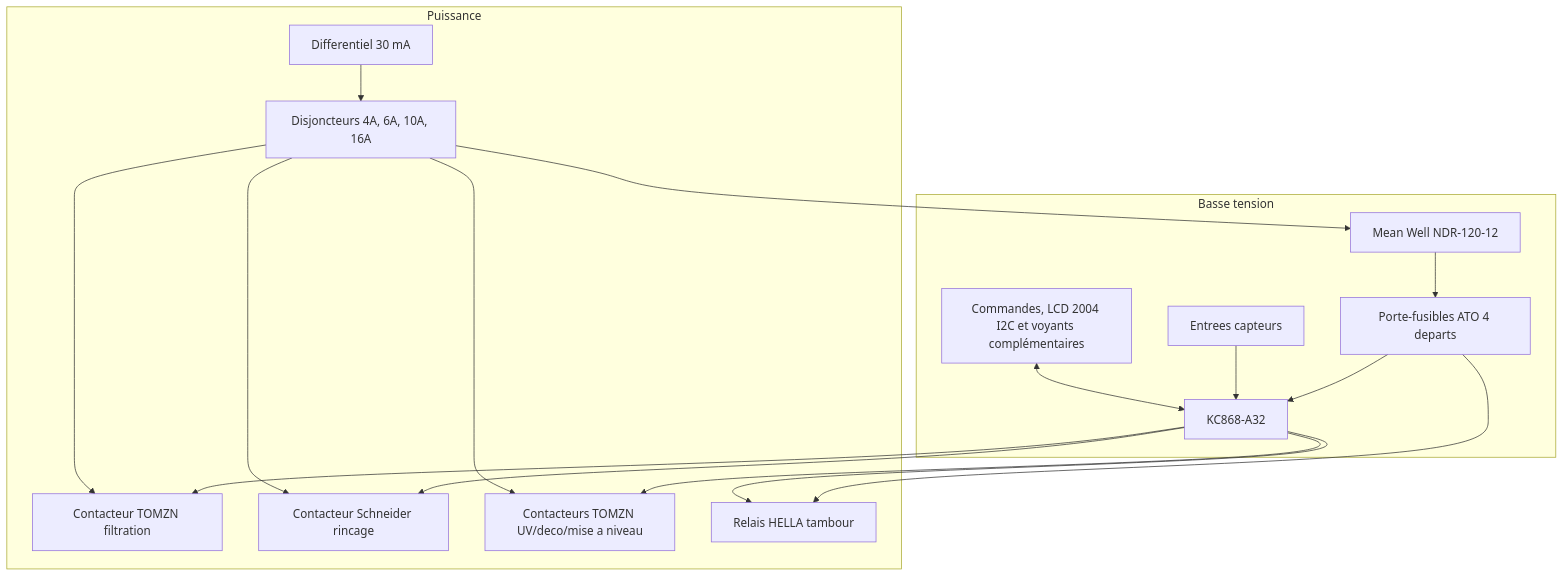
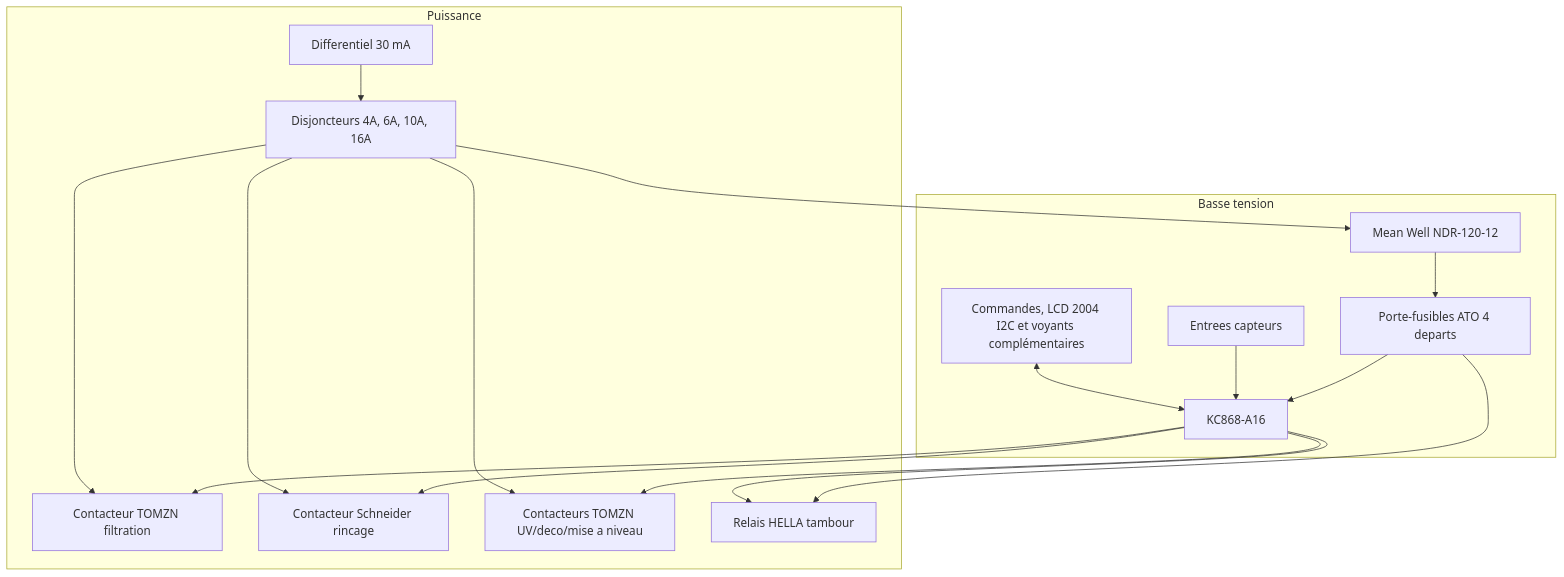
Before and after one commit to elbuey76/DrumFilterController: the second of 2 diagrams in docs/architecture/02-architecture-materielle.md, drawn with Mermaid. The commit also changed other lines of this file and 43 other files, not shown here.

````diff
--- a/docs/architecture/02-architecture-materielle.md
+++ b/docs/architecture/02-architecture-materielle.md
@@ -186,34 +186,34 @@
 ```mermaid
 flowchart TB
     subgraph BT[Basse tension]
         Alim[Mean Well NDR-120-12]
         Fusibles[Porte-fusibles ATO 4 departs]
-        MCU[KC868-A32]
+        MCU[KC868-A16]
         Inputs[Entrees capteurs]
         UI[Commandes, LCD 2004 I2C et voyants complémentaires]
     end
 
     subgraph P[Puissance]
         Diff[Differentiel 30 mA]
         DJ[Disjoncteurs 4A, 6A, 10A, 16A]
         KFiltration[Contacteur TOMZN filtration]
         KRincage[Contacteur Schneider rincage]
         KTOMZN[Contacteurs TOMZN UV/deco/mise a niveau]
         KTambour[Relais HELLA tambour]
     end
 
     Diff --> DJ
     DJ --> Alim
     Alim --> Fusibles
     Fusibles --> MCU
     Fusibles --> KTambour
     Inputs --> MCU
     UI <--> MCU
     MCU --> KFiltration
     MCU --> KRincage
     MCU --> KTOMZN
     MCU --> KTambour
     DJ --> KFiltration
     DJ --> KRincage
     DJ --> KTOMZN
 ```
````
